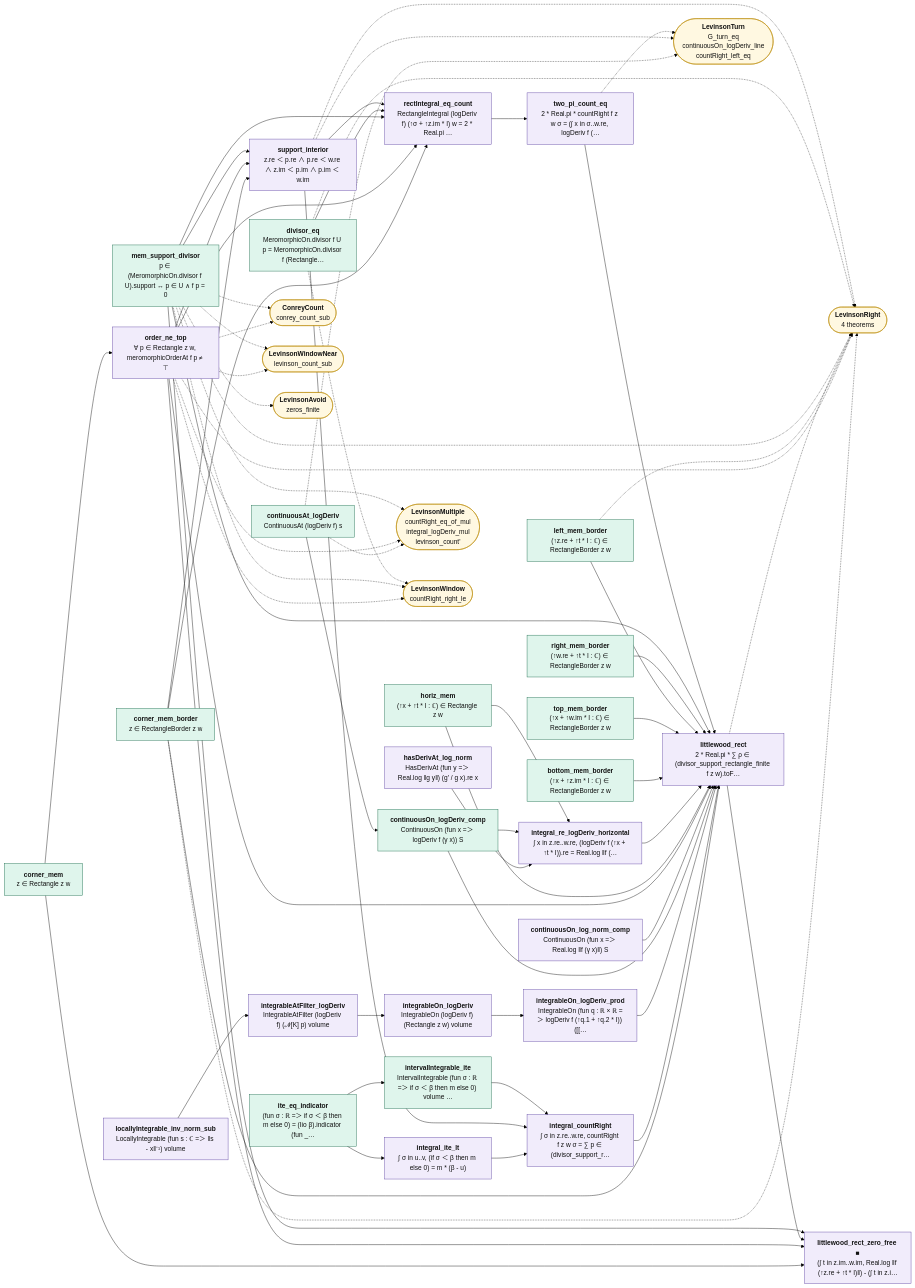
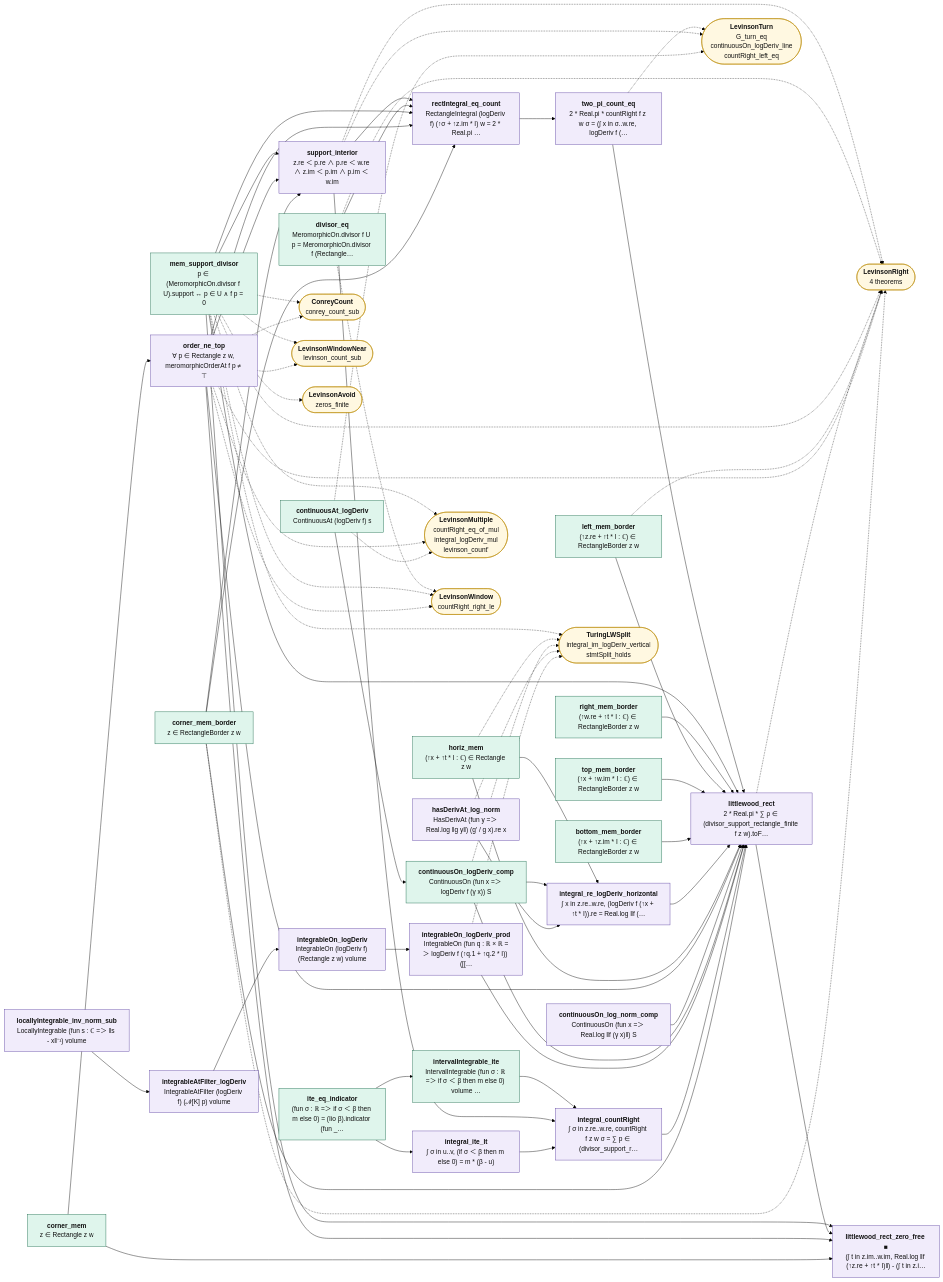
One commit to juliansambranojr/Primebeat_081426 changed the diagram in map/lean_stage3/Littlewood.mmd. Above: the diagram before and after it, drawn with Mermaid (forest theme). The commit also changed 28 other files, not shown here.

```diff
--- a/map/lean_stage3/Littlewood.mmd
+++ b/map/lean_stage3/Littlewood.mmd
@@ -1,105 +1,111 @@
 flowchart LR
   n0["<b>corner_mem</b><br/>z ∈ Rectangle z w"]:::cnt
   n1["<b>corner_mem_border</b><br/>z ∈ RectangleBorder z w"]:::cnt
   n2["<b>order_ne_top</b><br/>∀ p ∈ Rectangle z w, meromorphicOrderAt f p ≠ ⊤"]:::shp
   n3["<b>mem_support_divisor</b><br/>p ∈ (MeromorphicOn.divisor f U).support ↔ p ∈ U ∧ f p = 0"]:::cnt
   n4["<b>divisor_eq</b><br/>MeromorphicOn.divisor f U p = MeromorphicOn.divisor f (Rectangle…"]:::cnt
   n5["<b>support_interior</b><br/>z.re ＜ p.re ∧ p.re ＜ w.re ∧ z.im ＜ p.im ∧ p.im ＜ w.im"]:::shp
   n6["<b>rectIntegral_eq_count</b><br/>RectangleIntegral (logDeriv f) (↑σ + ↑z.im * I) w = 2 * Real.pi …"]:::shp
   n7["<b>two_pi_count_eq</b><br/>2 * Real.pi * countRight f z w σ = (∫ x in σ..w.re, logDeriv f (…"]:::shp
   n8["<b>ite_eq_indicator</b><br/>(fun σ : ℝ =＞ if σ ＜ β then m else 0) = (Iio β).indicator (fun _…"]:::cnt
   n9["<b>intervalIntegrable_ite</b><br/>IntervalIntegrable (fun σ : ℝ =＞ if σ ＜ β then m else 0) volume …"]:::cnt
   n10["<b>integral_ite_lt</b><br/>∫ σ in u..v, (if σ ＜ β then m else 0) = m * (β - u)"]:::shp
   n11["<b>integral_countRight</b><br/>∫ σ in z.re..w.re, countRight f z w σ = ∑ p ∈ (divisor_support_r…"]:::shp
   n12["<b>locallyIntegrable_inv_norm_sub</b><br/>LocallyIntegrable (fun s : ℂ =＞ ‖s - x‖⁻¹) volume"]:::shp
   n13["<b>integrableAtFilter_logDeriv</b><br/>IntegrableAtFilter (logDeriv f) (𝓝[K] p) volume"]:::shp
   n14["<b>integrableOn_logDeriv</b><br/>IntegrableOn (logDeriv f) (Rectangle z w) volume"]:::shp
   n15["<b>integrableOn_logDeriv_prod</b><br/>IntegrableOn (fun q : ℝ × ℝ =＞ logDeriv f (↑q.1 + ↑q.2 * I)) ([[…"]:::shp
   n16["<b>hasDerivAt_log_norm</b><br/>HasDerivAt (fun y =＞ Real.log ‖g y‖) (g' / g x).re x"]:::shp
   n17["<b>continuousAt_logDeriv</b><br/>ContinuousAt (logDeriv f) s"]:::cnt
   n18["<b>continuousOn_logDeriv_comp</b><br/>ContinuousOn (fun x =＞ logDeriv f (γ x)) S"]:::cnt
   n19["<b>continuousOn_log_norm_comp</b><br/>ContinuousOn (fun x =＞ Real.log ‖f (γ x)‖) S"]:::shp
   n20["<b>horiz_mem</b><br/>(↑x + ↑t * I : ℂ) ∈ Rectangle z w"]:::cnt
   n21["<b>integral_re_logDeriv_horizontal</b><br/>∫ x in z.re..w.re, (logDeriv f (↑x + ↑t * I)).re = Real.log ‖f (…"]:::shp
   n22["<b>bottom_mem_border</b><br/>(↑x + ↑z.im * I : ℂ) ∈ RectangleBorder z w"]:::cnt
   n23["<b>top_mem_border</b><br/>(↑x + ↑w.im * I : ℂ) ∈ RectangleBorder z w"]:::cnt
   n24["<b>left_mem_border</b><br/>(↑z.re + ↑t * I : ℂ) ∈ RectangleBorder z w"]:::cnt
   n25["<b>right_mem_border</b><br/>(↑w.re + ↑t * I : ℂ) ∈ RectangleBorder z w"]:::cnt
   n26["<b>littlewood_rect</b><br/>2 * Real.pi * ∑ ρ ∈ (divisor_support_rectangle_finite f z w).toF…"]:::shp
   n27["<b>littlewood_rect_zero_free ■</b><br/>(∫ t in z.im..w.im, Real.log ‖f (↑z.re + ↑t * I)‖) - (∫ t in z.i…"]:::shp
   x0(["<b>LevinsonRight</b><br/>4 theorems"]):::ext
   x1(["<b>ConreyCount</b><br/>conrey_count_sub"]):::ext
   x2(["<b>LevinsonMultiple</b><br/>countRight_eq_of_mul<br/>integral_logDeriv_mul<br/>levinson_count'"]):::ext
   x3(["<b>LevinsonWindow</b><br/>countRight_right_le"]):::ext
   x4(["<b>LevinsonWindowNear</b><br/>levinson_count_sub"]):::ext
   x5(["<b>LevinsonAvoid</b><br/>zeros_finite"]):::ext
-  x6(["<b>LevinsonTurn</b><br/>G_turn_eq<br/>continuousOn_logDeriv_line<br/>countRight_left_eq"]):::ext
+  x6(["<b>TuringLWSplit</b><br/>integral_im_logDeriv_vertical<br/>stmtSplit_holds"]):::ext
+  x7(["<b>LevinsonTurn</b><br/>G_turn_eq<br/>continuousOn_logDeriv_line<br/>countRight_left_eq"]):::ext
   n0 --> n2
   n0 --> n27
   n1 --> n26
   n1 --> n5
   n1 --> n6
   n10 --> n11
   n11 --> n26
   n12 --> n13
   n13 --> n14
   n14 --> n15
   n15 --> n26
   n16 --> n21
   n17 --> n18
   n18 --> n21
   n18 --> n26
   n19 --> n26
   n2 --> n26
   n2 --> n27
   n2 --> n5
   n2 --> n6
   n20 --> n21
   n20 --> n26
   n21 --> n26
   n22 --> n26
   n23 --> n26
   n24 --> n26
   n25 --> n26
   n26 --> n27
   n3 --> n26
   n3 --> n27
   n3 --> n5
   n3 --> n6
   n4 --> n6
   n5 --> n11
   n5 --> n6
   n6 --> n7
   n7 --> n26
   n8 --> n10
   n8 --> n9
   n9 --> n11
   n1 -.-> x0
+  n15 -.-> x6
+  n16 -.-> x6
   n17 -.-> x2
-  n17 -.-> x6
+  n17 -.-> x7
+  n18 -.-> x6
   n2 -.-> x0
   n2 -.-> x1
   n2 -.-> x2
   n2 -.-> x3
   n2 -.-> x4
+  n20 -.-> x6
   n24 -.-> x0
   n26 -.-> x0
   n3 -.-> x0
   n3 -.-> x1
   n3 -.-> x2
   n3 -.-> x3
   n3 -.-> x4
   n3 -.-> x5
+  n3 -.-> x6
   n4 -.-> x0
   n4 -.-> x3
   n5 -.-> x0
-  n5 -.-> x6
-  n7 -.-> x6
+  n5 -.-> x7
+  n7 -.-> x7
   classDef cnt fill:#dff5ec,stroke:#17694a,color:#111
   classDef shp fill:#f1ecfb,stroke:#5b3fa0,color:#111
   classDef rh fill:#ffe5e5,stroke:#c22,color:#111,stroke-width:2px
   classDef thm fill:#eef4ff,stroke:#335,color:#111
   classDef end_ fill:#e7f7e7,stroke:#2a7,color:#111,stroke-width:2px
   classDef lone fill:#fff,stroke:#999,color:#111,stroke-dasharray:4 3
   classDef bad fill:#ffe5e5,stroke:#c22,color:#111,stroke-width:2px
   classDef ext fill:#fff8e1,stroke:#b80,color:#111
```
